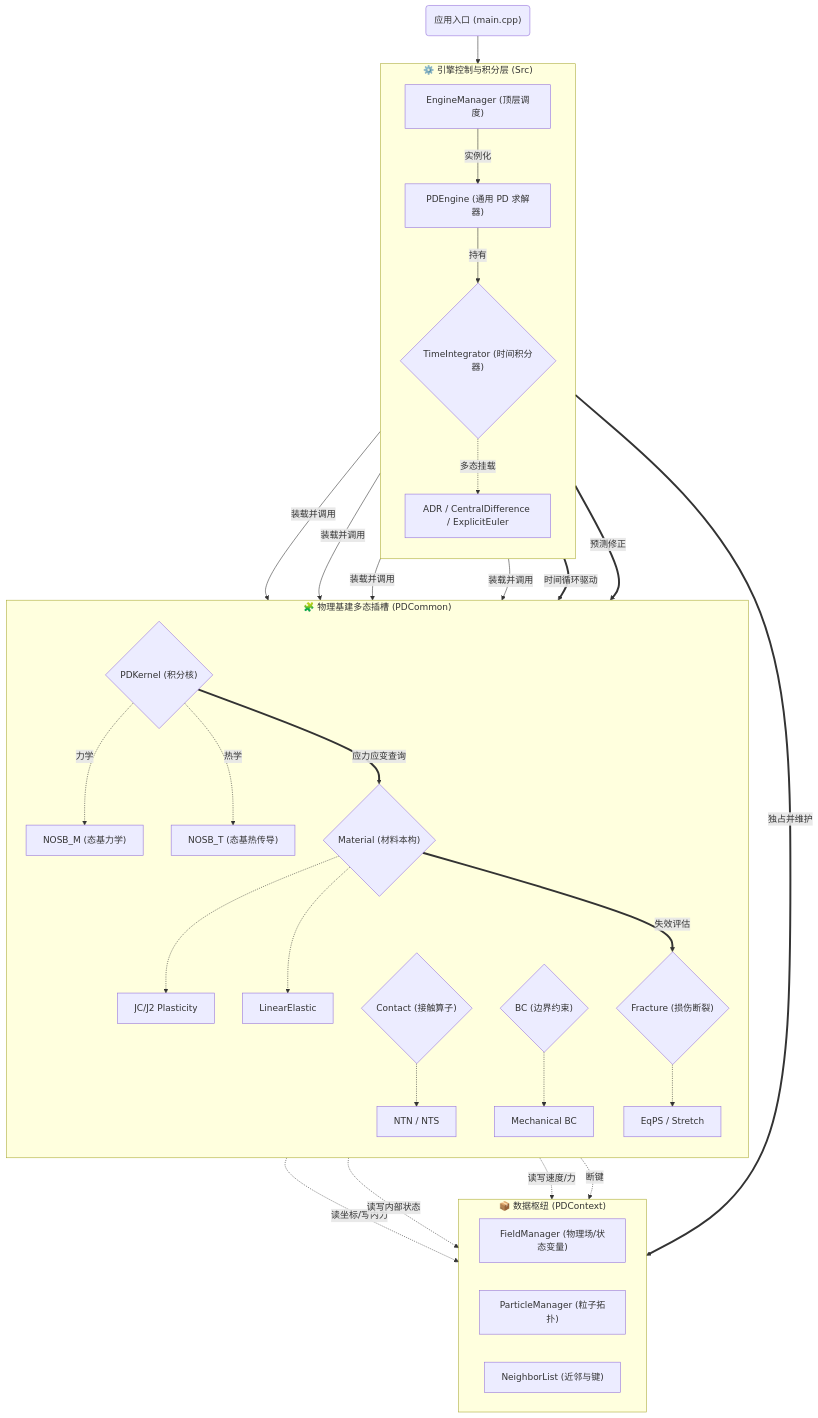
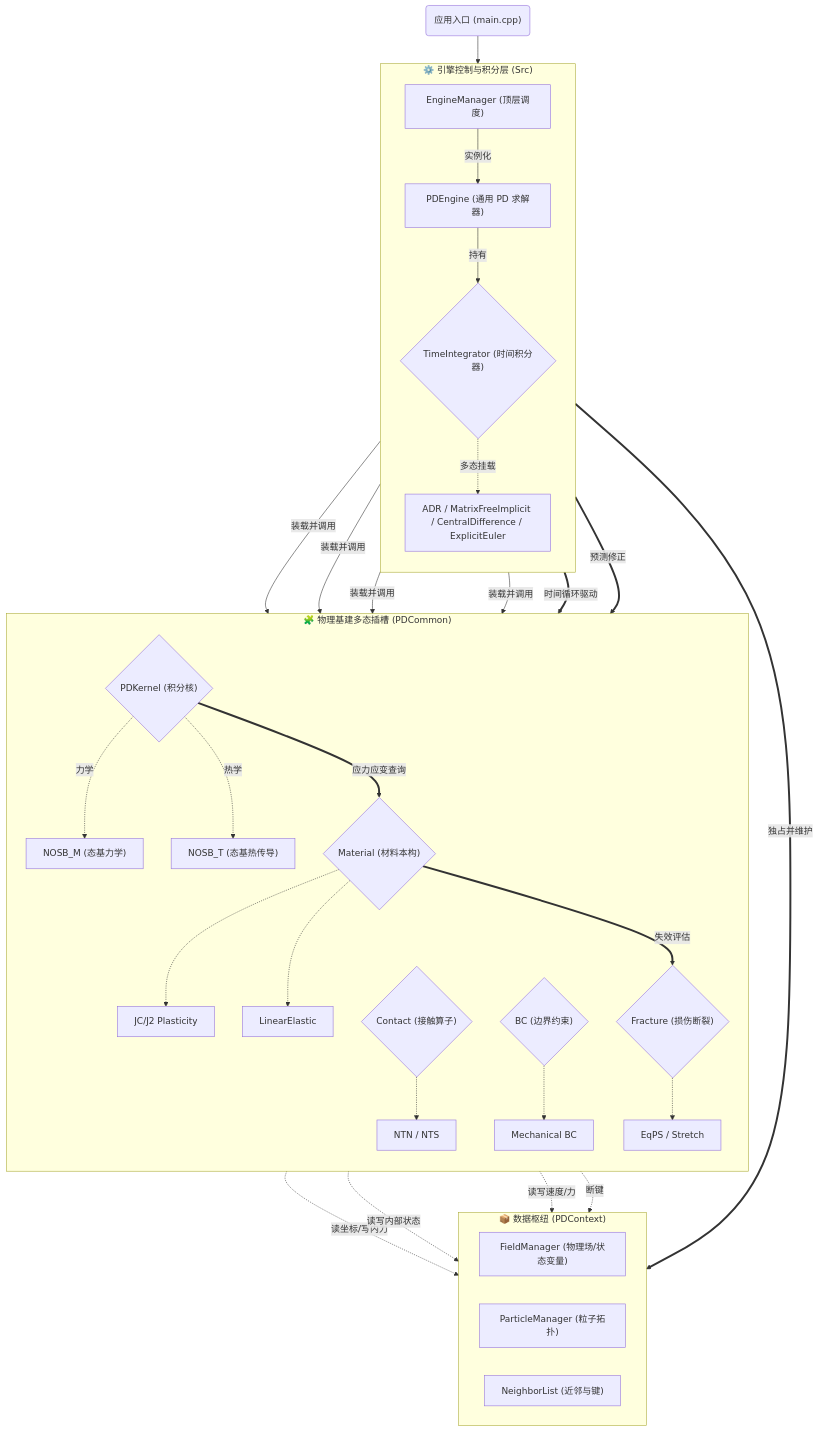
Before and after one commit to Huckleberry-F/GRPD: the first of 4 diagrams in README.md, drawn with Mermaid. The commit also changed other lines of this file and 13 other files, not shown here.

Commit message:
feat: Add MatrixFreeImplicitIntegrator with JFNK and L-BFGS, bump version to v4.5

````diff
--- a/README.md
+++ b/README.md
@@ -107,50 +112,50 @@
 ```mermaid
 graph TD
     Main("应用入口 (main.cpp)")
     Main --> EM["EngineManager (顶层调度)"]
 
     subgraph EngineSys ["⚙️ 引擎控制与积分层 (Src)"]
         direction TB
         EM --> |实例化| PDEngine["PDEngine (通用 PD 求解器)"]
         PDEngine --> |持有| TimeIntegrator{"TimeIntegrator (时间积分器)"}
-        TimeIntegrator -.->|多态挂载| ADR["ADR / CentralDifference / ExplicitEuler"]
+        TimeIntegrator -.->|多态挂载| Integrators["ADR / MatrixFreeImplicit / CentralDifference / ExplicitEuler"]
     end
 
     subgraph PDContext ["📦 数据枢纽 (PDContext)"]
         direction LR
         FM["FieldManager (物理场/状态变量)"]
         PM["ParticleManager (粒子拓扑)"]
         NL["NeighborList (近邻与键)"]
     end
 
     subgraph PDCommon ["🧩 物理基建多态插槽 (PDCommon)"]
         direction TB
         Kernel{"PDKernel (积分核)"} -.->|力学| NOSB_M["NOSB_M (态基力学)"]
         Kernel -.->|热学| NOSB_T["NOSB_T (态基热传导)"]
 
         Mat{"Material (材料本构)"} -.-> JC["JC/J2 Plasticity"]
         Mat -.-> Linear["LinearElastic"]
 
         Contact{"Contact (接触算子)"} -.-> NTN["NTN / NTS"]
         BC{"BC (边界约束)"} -.-> MechBC["Mechanical BC"]
         Damage{"Fracture (损伤断裂)"} -.-> EqPS["EqPS / Stretch"]
     end
 
     %% 核心关系连线
     PDEngine ==>|独占并维护| PDContext
     PDEngine -->|装载并调用| Kernel
     PDEngine -->|装载并调用| Mat
     PDEngine -->|装载并调用| Contact
     PDEngine -->|装载并调用| BC
 
     TimeIntegrator ==>|时间循环驱动| Kernel
     TimeIntegrator ==>|预测修正| Contact
     Kernel ==>|应力应变查询| Mat
     Mat ==>|失效评估| Damage
 
     %% 数据交互
     Kernel -.->|读坐标/写内力| FM
     Mat -.->|读写内部状态| FM
     Contact -.->|读写速度/力| FM
     Damage -.->|断键| NL
 ```
````
